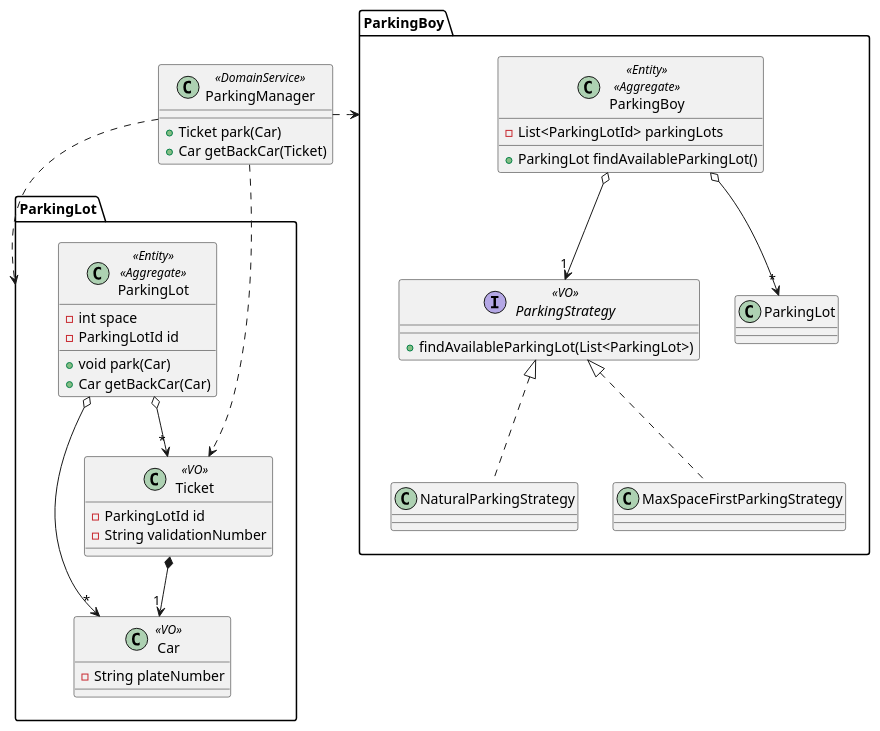
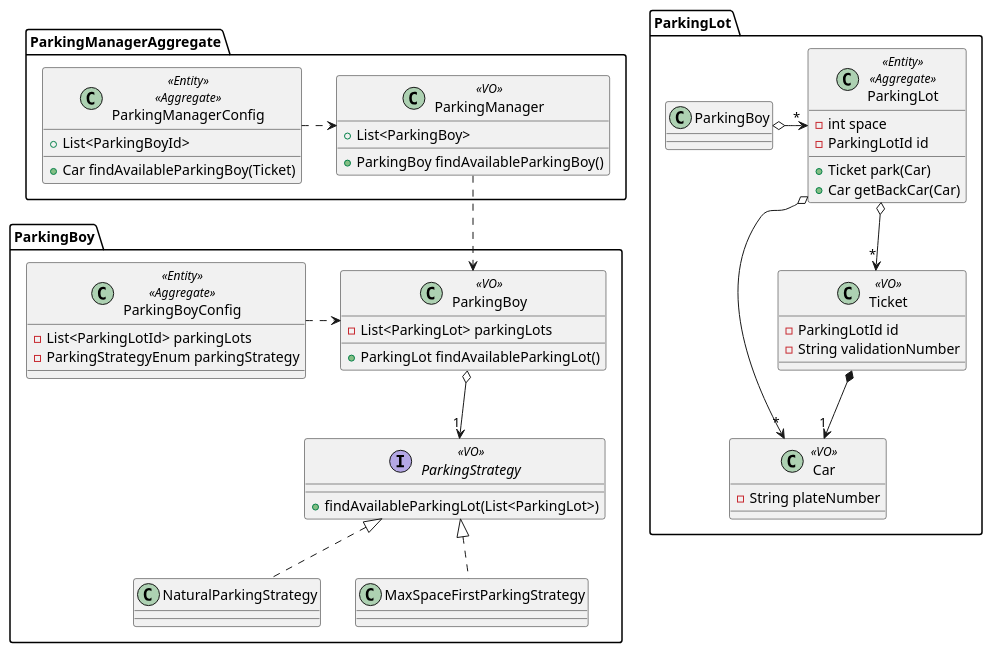
The diagram in resources/main.puml (boydfd/parking-lot), drawn with PlantUML before and after one commit.

Commit message:
[@boydfd] add parking manager config.

```diff
--- a/resources/main.puml
+++ b/resources/main.puml
@@ -1,53 +1,64 @@
 @startuml
 
-package ParkingLot {
-	class ParkingLot <<Entity>> <<Aggregate>> {
-	- int space
-	- ParkingLotId id
-	+void park(Car)
-	+Car getBackCar(Car)
+package ParkingManagerAggregate {
+	class ParkingManager <<VO>> {
+		+ List<ParkingBoy>
+		+ ParkingBoy findAvailableParkingBoy()
 	}
 
-	class Car <<VO>> {
-	- String plateNumber
+	class ParkingManagerConfig <<Entity>> <<Aggregate>> {
+		+ List<ParkingBoyId>
+		+ Car findAvailableParkingBoy(Ticket)
 	}
 
-	class Ticket <<VO>> {
-	- ParkingLotId id
-	- String validationNumber
-	}
-
-	Ticket *--> "1" Car
-	ParkingLot o--> "*" Car
-	ParkingLot o--> "*" Ticket
+	ParkingManagerConfig .>  ParkingManager
 }
 
 package ParkingBoy {
 	interface ParkingStrategy <<VO>> {
-	+ findAvailableParkingLot(List<ParkingLot>)
+		+ findAvailableParkingLot(List<ParkingLot>)
 	}
 
-	class ParkingBoy <<Entity>> <<Aggregate>> {
-	- List<ParkingLotId> parkingLots
-	+ ParkingLot findAvailableParkingLot()
+	class ParkingBoy <<VO>> {
+		- List<ParkingLot> parkingLots
+		+ ParkingLot findAvailableParkingLot()
 	}
 
-	ParkingBoy o--> "*" ParkingLot
+	class ParkingBoyConfig <<Entity>> <<Aggregate>> {
+		- List<ParkingLotId> parkingLots
+		- ParkingStrategyEnum parkingStrategy
+	}
+	ParkingManager ..>  ParkingBoy
+	ParkingBoyConfig .> ParkingBoy
 	ParkingBoy o--> "1" ParkingStrategy
 	ParkingStrategy <|.. NaturalParkingStrategy
 	ParkingStrategy <|.. MaxSpaceFirstParkingStrategy
 
 }
 
-class ParkingManager <<DomainService>> {
-+ Ticket park(Car)
-+ Car getBackCar(Ticket)
+package ParkingLot {
+
+	class ParkingLot <<Entity>> <<Aggregate>> {
+		- int space
+		- ParkingLotId id
+		+ Ticket park(Car)
+		+ Car getBackCar(Car)
+	}
+
+	class Car <<VO>> {
+		- String plateNumber
+	}
+
+	class Ticket <<VO>> {
+		- ParkingLotId id
+		- String validationNumber
+	}
+
+	ParkingBoy o-> "*" ParkingLot
+	Ticket *--> "1" Car
+	ParkingLot o--> "*" Car
+	ParkingLot o--> "*" Ticket
 }
-
-ParkingManager .>  ParkingBoy
-ParkingManager ..>  ParkingLot
-ParkingManager ...>  Ticket
-
 
 
 @enduml
```
